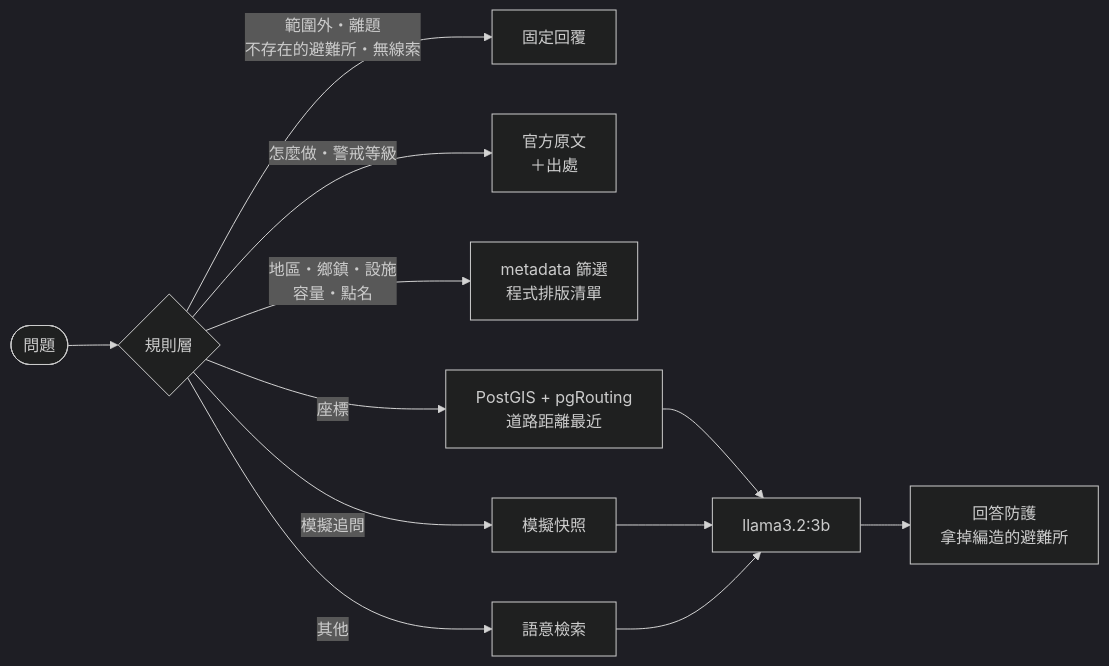
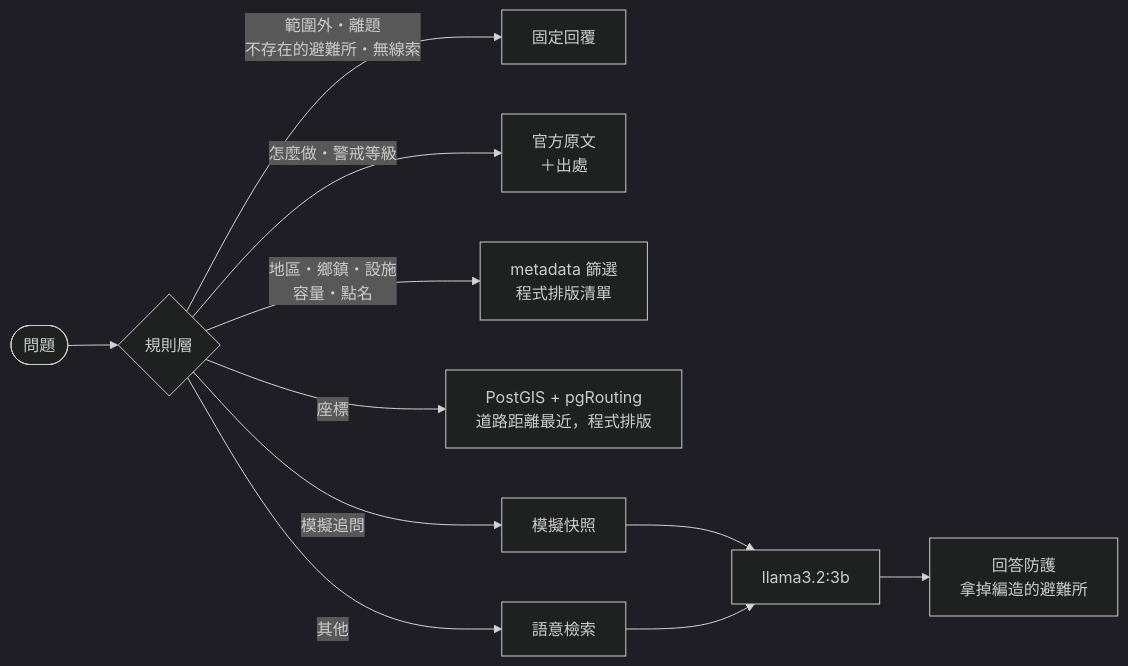
Before and after one commit to sleepomen/DisasterHub: the diagram in README.zh-TW.md, drawn with Mermaid (dark theme). The commit also changed other lines of this file and 1 other file, not shown here.

````diff
--- a/README.zh-TW.md
+++ b/README.zh-TW.md
@@ -50,14 +50,13 @@
 ```mermaid
 flowchart LR
     Q([問題]) --> R{規則層}
     R -- "範圍外・離題<br/>不存在的避難所・無線索" --> F[固定回覆]
     R -- "怎麼做・警戒等級" --> K[官方原文<br/>＋出處]
     R -- "地區・鄉鎮・設施<br/>容量・點名" --> D[metadata 篩選<br/>程式排版清單]
-    R -- "座標" --> N[PostGIS + pgRouting<br/>道路距離最近]
+    R -- "座標" --> N[PostGIS + pgRouting<br/>道路距離最近，程式排版]
     R -- "模擬追問" --> S[模擬快照]
     R -- "其他" --> V[語意檢索]
-    N --> L[llama3.2:3b]
-    S --> L
+    S --> L[llama3.2:3b]
     V --> L
     L --> G[回答防護<br/>拿掉編造的避難所]
 ```
````
